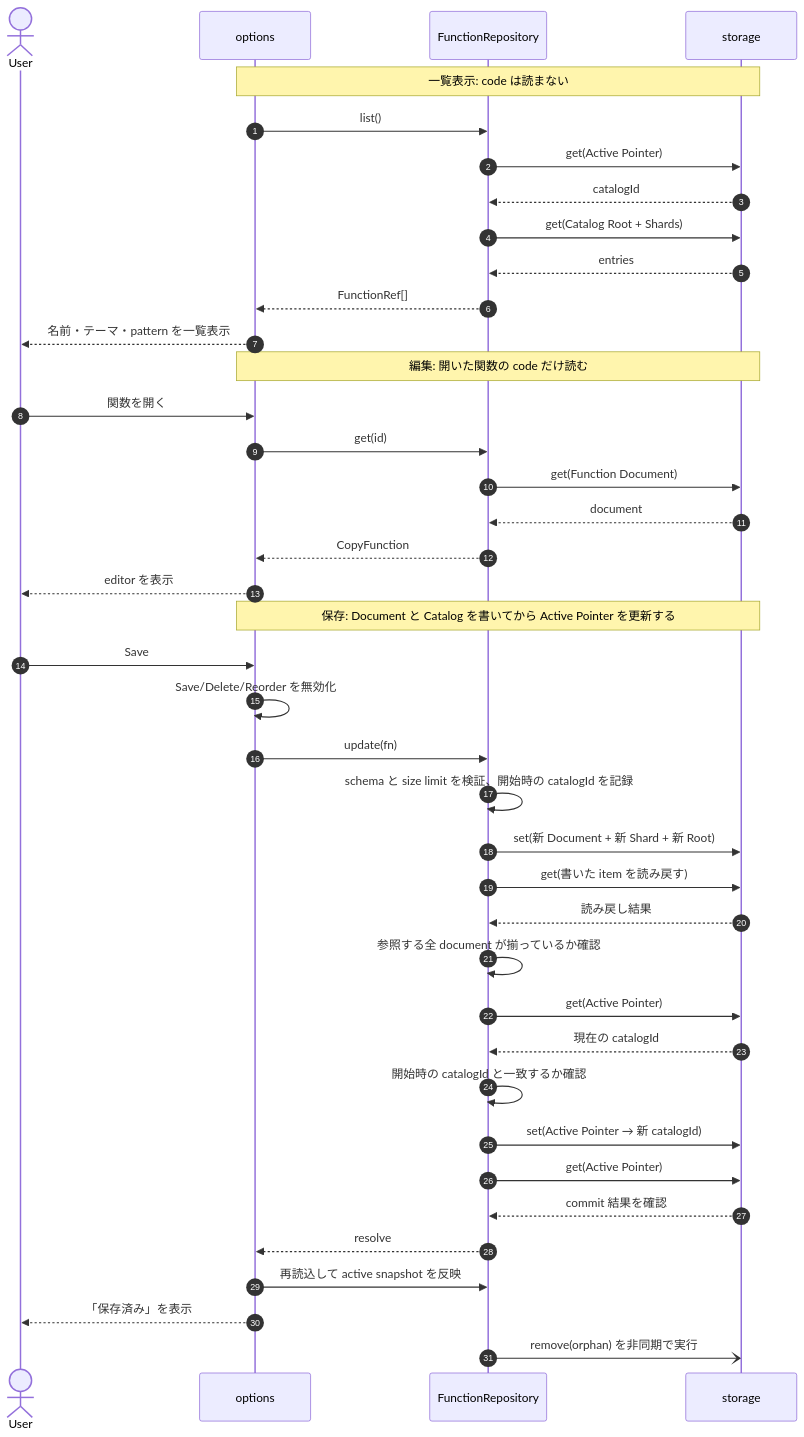
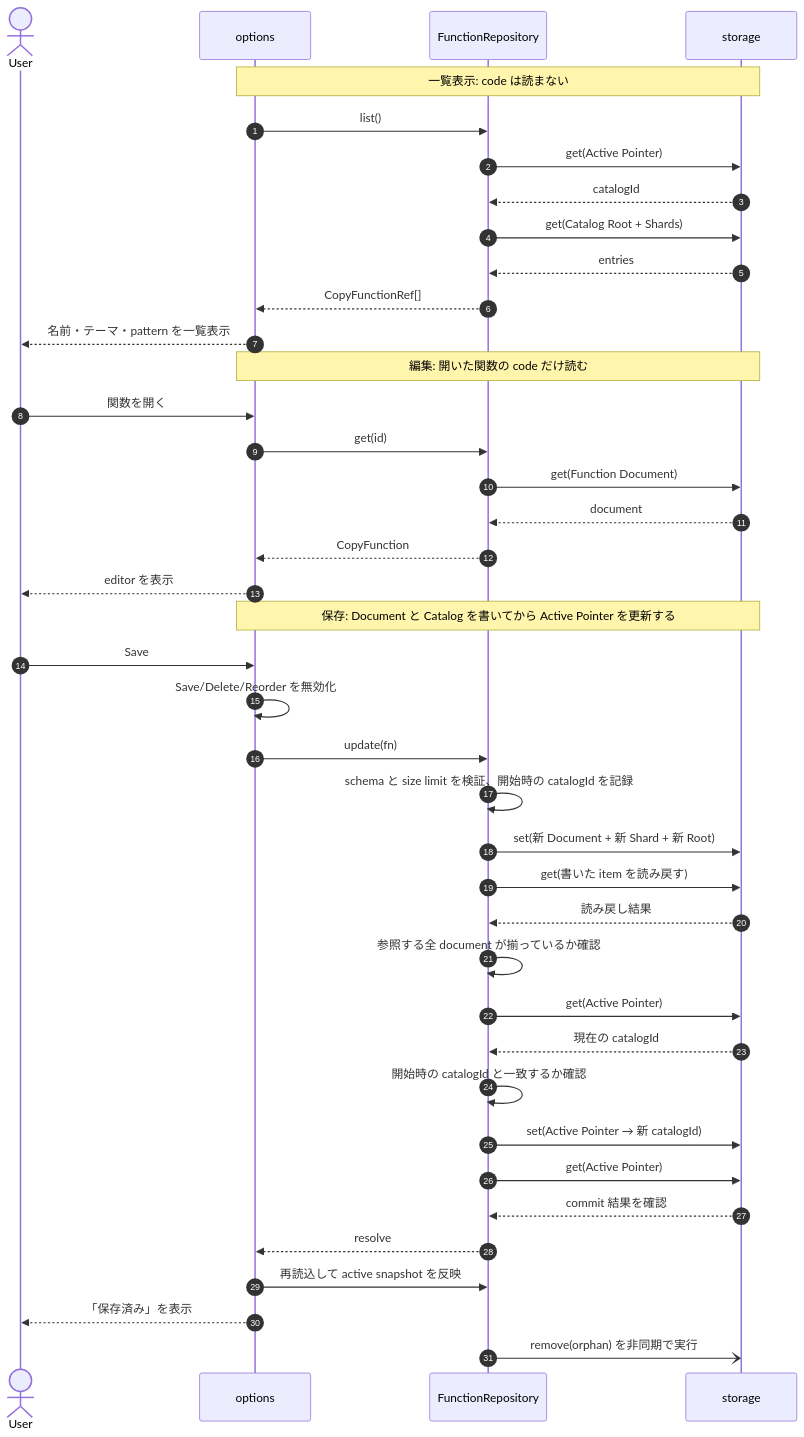
The second of 5 diagrams in docs/function-storage.md (pokutuna/chrome-cocopy), drawn with Mermaid before and after one commit. The commit also changed other lines of this file, not shown here.

First line of the commit message:
docs: rename FunctionRef to CopyFunctionRef and fact-check quotas

````diff
--- a/docs/function-storage.md
+++ b/docs/function-storage.md
@@ -115,45 +114,45 @@
 ```mermaid
 sequenceDiagram
   autonumber
   actor User
   participant Options as options
   participant Repo as FunctionRepository
   participant Storage as storage
 
   Note over Options,Storage: 一覧表示: code は読まない
   Options->>Repo: list()
   Repo->>Storage: get(Active Pointer)
   Storage-->>Repo: catalogId
   Repo->>Storage: get(Catalog Root + Shards)
   Storage-->>Repo: entries
-  Repo-->>Options: FunctionRef[]
+  Repo-->>Options: CopyFunctionRef[]
   Options-->>User: 名前・テーマ・pattern を一覧表示
 
   Note over Options,Storage: 編集: 開いた関数の code だけ読む
   User->>Options: 関数を開く
   Options->>Repo: get(id)
   Repo->>Storage: get(Function Document)
   Storage-->>Repo: document
   Repo-->>Options: CopyFunction
   Options-->>User: editor を表示
 
   Note over Options,Storage: 保存: Document と Catalog を書いてから Active Pointer を更新する
   User->>Options: Save
   Options->>Options: Save/Delete/Reorder を無効化
   Options->>Repo: update(fn)
   Repo->>Repo: schema と size limit を検証、開始時の catalogId を記録
   Repo->>Storage: set(新 Document + 新 Shard + 新 Root)
   Repo->>Storage: get(書いた item を読み戻す)
   Storage-->>Repo: 読み戻し結果
   Repo->>Repo: 参照する全 document が揃っているか確認
   Repo->>Storage: get(Active Pointer)
   Storage-->>Repo: 現在の catalogId
   Repo->>Repo: 開始時の catalogId と一致するか確認
   Repo->>Storage: set(Active Pointer → 新 catalogId)
   Repo->>Storage: get(Active Pointer)
   Storage-->>Repo: commit 結果を確認
   Repo-->>Options: resolve
   Options->>Repo: 再読込して active snapshot を反映
   Options-->>User: 「保存済み」を表示
   Repo-)Storage: remove(orphan) を非同期で実行
 ```
````
